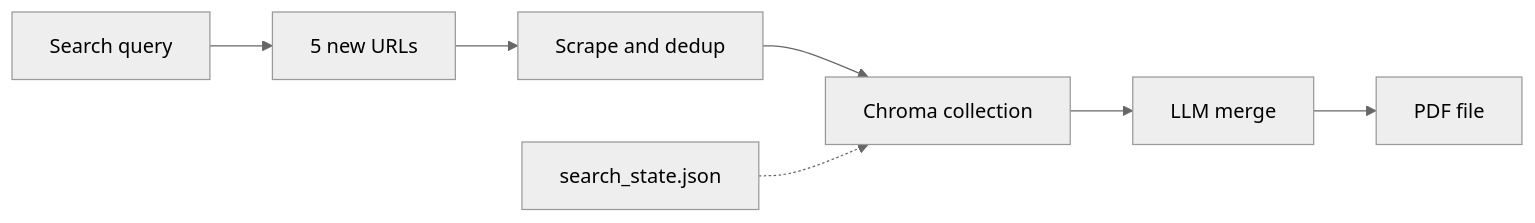
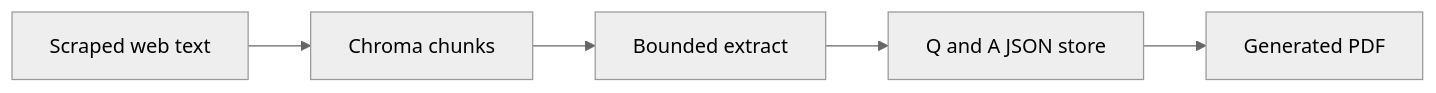
Before and after one commit to souravgupta2214/Agentic-RAG: the fourth of 14 diagrams in docs/END_TO_END_FLOW.md, drawn with Mermaid (neutral theme). The commit also changed other lines of this file and 1 other file, not shown here.

````diff
--- a/docs/END_TO_END_FLOW.md
+++ b/docs/END_TO_END_FLOW.md
@@ -132,9 +155,7 @@
 ```mermaid
 flowchart LR
-    A[Search query] --> B[5 new URLs]
-    B --> C[Scrape and dedup]
-    C --> D[Chroma collection]
-    D --> E[LLM merge]
-    E --> F[PDF file]
-    G[search_state.json] -.-> D
+    WEB[Scraped web text] --> CHROMA[Chroma chunks]
+    CHROMA --> LLM[Bounded extract]
+    LLM --> QASTORE[Q and A JSON store]
+    QASTORE --> PDF[Generated PDF]
 ```
````
